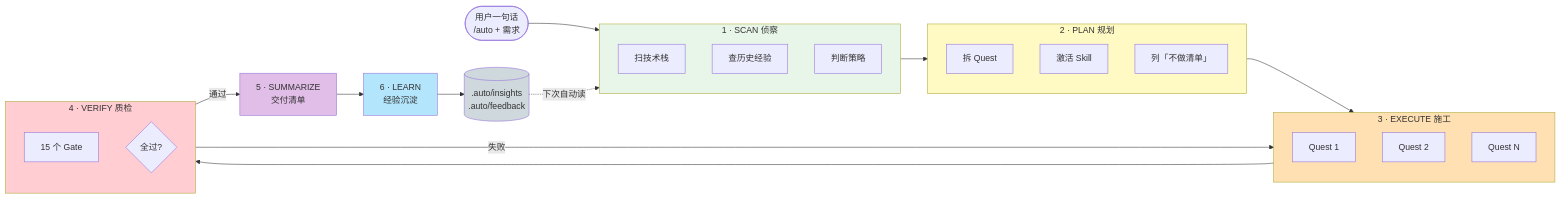
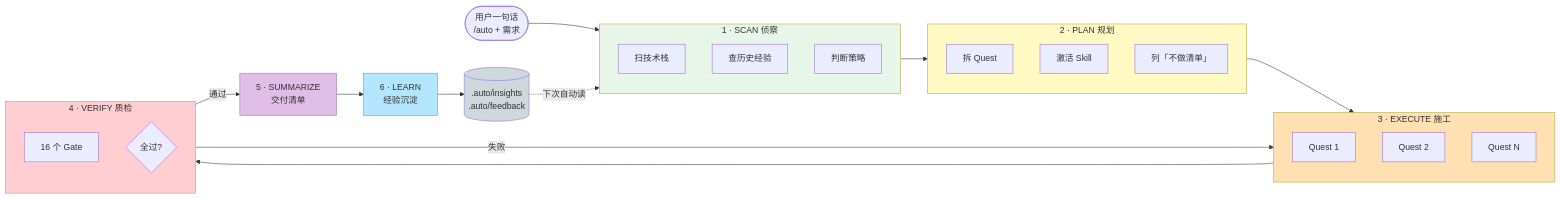
One commit to ktyyer/auto-cli changed the diagram in README.md. Above: the diagram before and after it, drawn with Mermaid. The commit also changed other lines of this file and 7 other files, not shown here.

````diff
--- a/README.md
+++ b/README.md
@@ -123,46 +123,46 @@
 ```mermaid
 flowchart LR
     USER([用户一句话<br/>/auto + 需求])
     USER --> SCAN
 
     subgraph SCAN[1 · SCAN 侦察]
         S1[扫技术栈]
         S2[查历史经验]
         S3[判断策略]
     end
 
     subgraph PLAN[2 · PLAN 规划]
         P1[拆 Quest]
         P2[激活 Skill]
         P3[列「不做清单」]
     end
 
     subgraph EXEC[3 · EXECUTE 施工]
         E1[Quest 1]
         E2[Quest 2]
         E3[Quest N]
     end
 
     subgraph VERIFY[4 · VERIFY 质检]
-        V1[15 个 Gate]
+        V1[16 个 Gate]
         V2{全过?}
     end
 
     SUM[5 · SUMMARIZE<br/>交付清单]
     LEARN[6 · LEARN<br/>经验沉淀]
     MEM[(.auto/insights<br/>.auto/feedback)]
 
     SCAN --> PLAN --> EXEC --> VERIFY
     VERIFY -- 失败 --> EXEC
     VERIFY -- 通过 --> SUM --> LEARN
     LEARN --> MEM
     MEM -. 下次自动读 .-> SCAN
 
     style SCAN fill:#e8f5e9
     style PLAN fill:#fff9c4
     style EXEC fill:#ffe0b2
     style VERIFY fill:#ffcdd2
     style SUM fill:#e1bee7
     style LEARN fill:#b3e5fc
     style MEM fill:#cfd8dc
 ```
````
